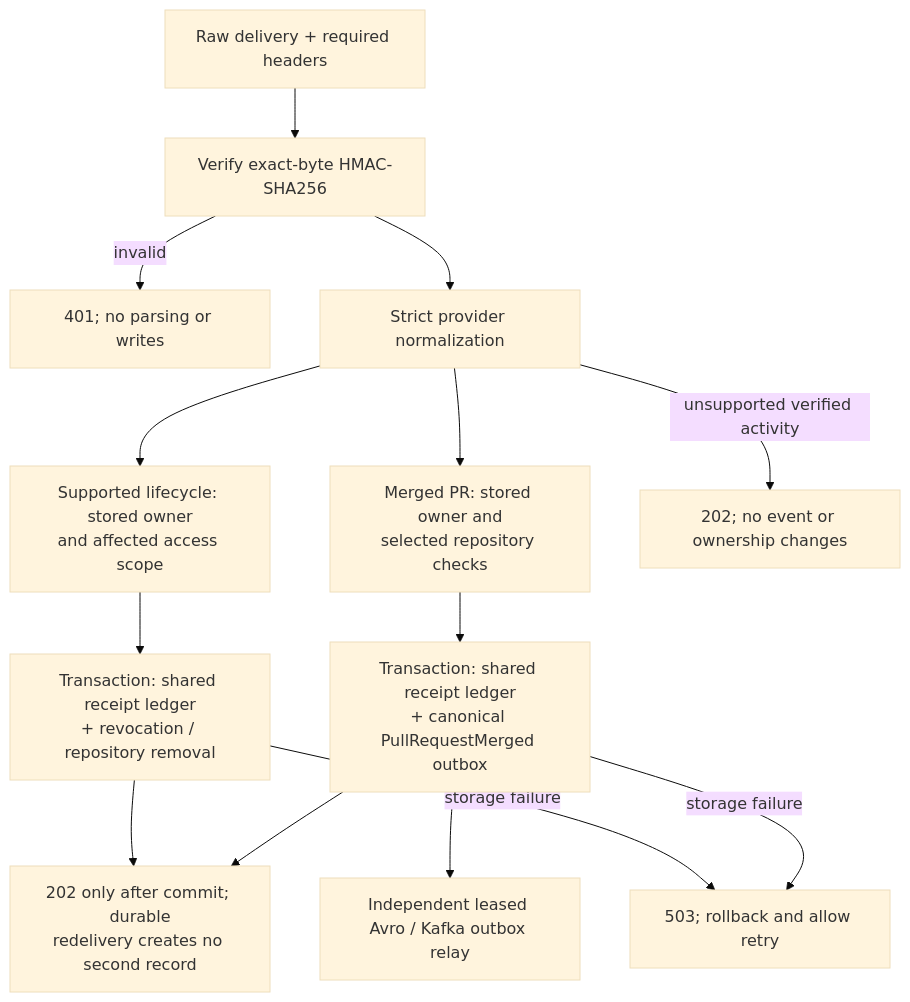
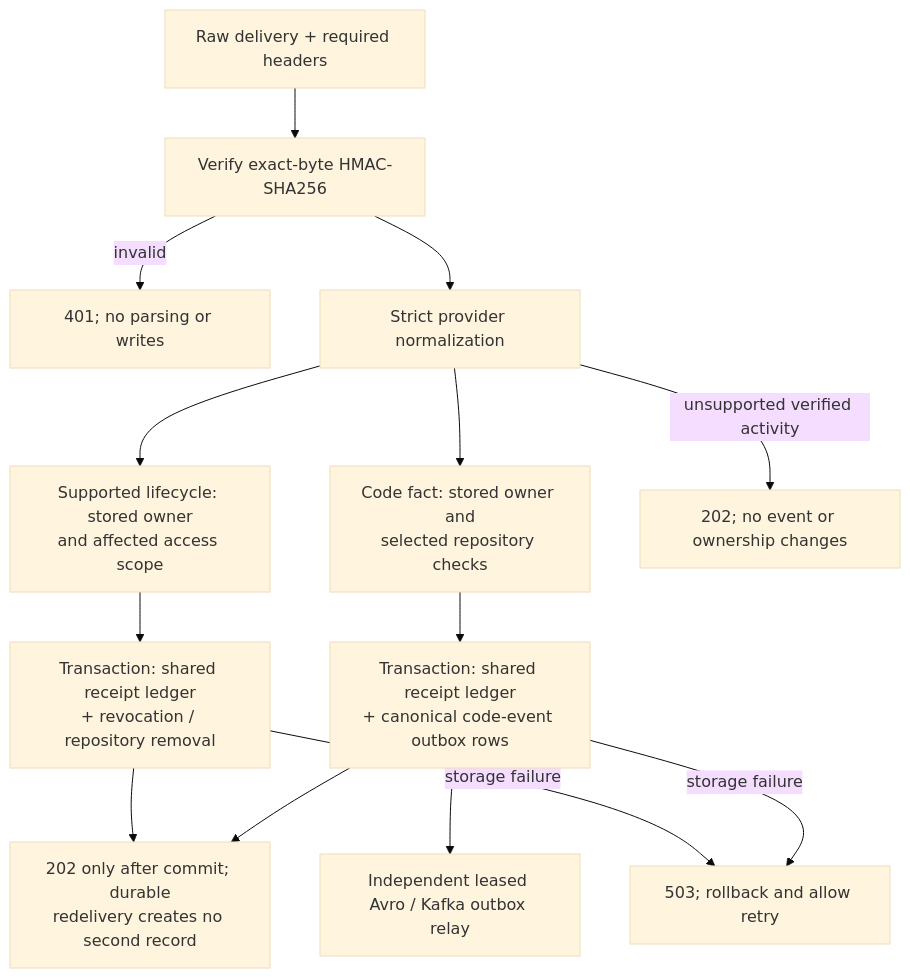
One commit to ChangeGuardHQ/changuard-platform changed the fourth of 4 diagrams in backend/services/connector-service/README.md. Above: the diagram before and after it, drawn with Mermaid (base theme). The commit also changed other lines of this file and 38 other files, not shown here.

````diff
--- a/backend/services/connector-service/README.md
+++ b/backend/services/connector-service/README.md
@@ -136,16 +140,16 @@
 ```mermaid
 flowchart TD
     Raw["Raw delivery + required headers"] --> HMAC["Verify exact-byte HMAC-SHA256"]
     HMAC -->|"invalid"| Unauthorized["401; no parsing or writes"]
     HMAC --> Normalize["Strict provider normalization"]
-    Normalize --> Merge["Merged PR: stored owner and<br/>selected repository checks"]
+    Normalize --> Merge["Code fact: stored owner and<br/>selected repository checks"]
     Normalize --> Lifecycle["Supported lifecycle: stored owner<br/>and affected access scope"]
-    Merge --> CodeTx["Transaction: shared receipt ledger<br/>+ canonical PullRequestMerged outbox"]
+    Merge --> CodeTx["Transaction: shared receipt ledger<br/>+ canonical code-event outbox rows"]
     Lifecycle --> AccessTx["Transaction: shared receipt ledger<br/>+ revocation / repository removal"]
     CodeTx --> Ack["202 only after commit; durable<br/>redelivery creates no second record"]
     AccessTx --> Ack
     CodeTx -->|"storage failure"| Unavailable["503; rollback and allow retry"]
     AccessTx -->|"storage failure"| Unavailable
     Normalize -->|"unsupported verified activity"| Ignore["202; no event or ownership changes"]
     CodeTx --> Relay["Independent leased Avro / Kafka outbox relay"]
 ```
````
